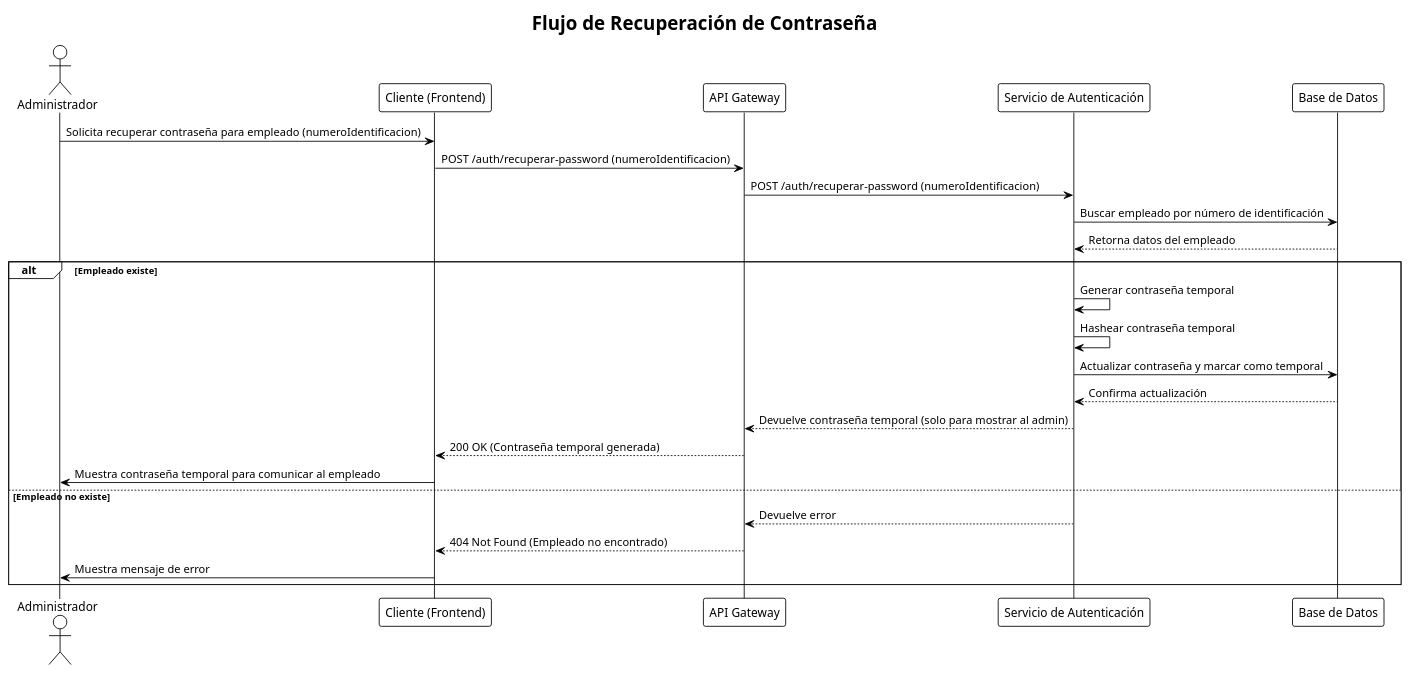
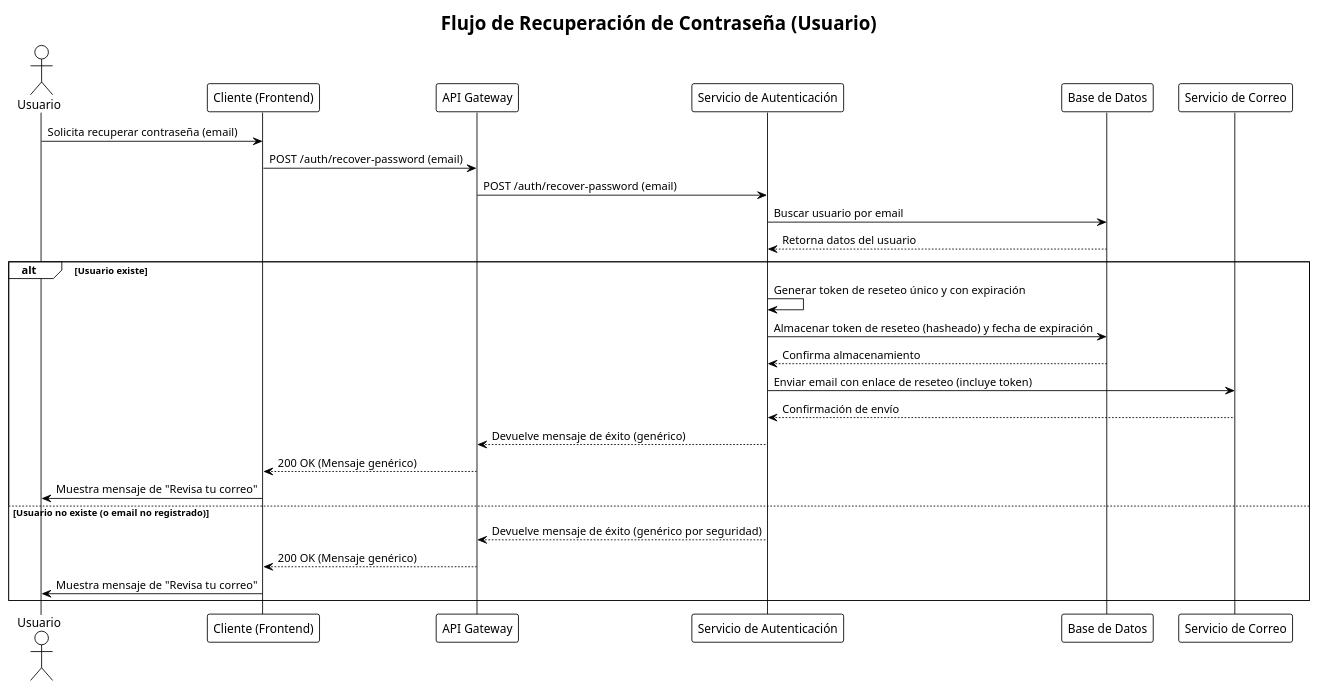
The diagram in docs/diagrams/autenticacion/sequence_recuperar_password.puml (Deivi92/mina-control-api), drawn with PlantUML before and after one commit. The commit also changed 19 other files, not shown here.

```diff
--- a/docs/diagrams/autenticacion/sequence_recuperar_password.puml
+++ b/docs/diagrams/autenticacion/sequence_recuperar_password.puml
@@ -1,33 +1,35 @@
 @startuml sequence_recuperar_password
 !theme plain
 
-title "Flujo de Recuperación de Contraseña"
+title "Flujo de Recuperación de Contraseña (Usuario)"
 
-actor Administrador
+actor Usuario
 participant "Cliente (Frontend)" as Cliente
 participant "API Gateway" as Gateway
 participant "Servicio de Autenticación" as AuthServer
 participant "Base de Datos" as DB
+participant "Servicio de Correo" as MailService
 
-Administrador -> Cliente: Solicita recuperar contraseña para empleado (numeroIdentificacion)
-Cliente -> Gateway: POST /auth/recuperar-password (numeroIdentificacion)
-Gateway -> AuthServer: POST /auth/recuperar-password (numeroIdentificacion)
+Usuario -> Cliente: Solicita recuperar contraseña (email)
+Cliente -> Gateway: POST /auth/recover-password (email)
+Gateway -> AuthServer: POST /auth/recover-password (email)
 
-AuthServer -> DB: Buscar empleado por número de identificación
-DB --> AuthServer: Retorna datos del empleado
+AuthServer -> DB: Buscar usuario por email
+DB --> AuthServer: Retorna datos del usuario
 
-alt Empleado existe
-    AuthServer -> AuthServer: Generar contraseña temporal
-    AuthServer -> AuthServer: Hashear contraseña temporal
-    AuthServer -> DB: Actualizar contraseña y marcar como temporal
-    DB --> AuthServer: Confirma actualización
-    AuthServer --> Gateway: Devuelve contraseña temporal (solo para mostrar al admin)
-    Gateway --> Cliente: 200 OK (Contraseña temporal generada)
-    Cliente -> Administrador: Muestra contraseña temporal para comunicar al empleado
-else Empleado no existe
-    AuthServer --> Gateway: Devuelve error
-    Gateway --> Cliente: 404 Not Found (Empleado no encontrado)
-    Cliente -> Administrador: Muestra mensaje de error
+alt Usuario existe
+    AuthServer -> AuthServer: Generar token de reseteo único y con expiración
+    AuthServer -> DB: Almacenar token de reseteo (hasheado) y fecha de expiración
+    DB --> AuthServer: Confirma almacenamiento
+    AuthServer -> MailService: Enviar email con enlace de reseteo (incluye token)
+    MailService --> AuthServer: Confirmación de envío
+    AuthServer --> Gateway: Devuelve mensaje de éxito (genérico)
+    Gateway --> Cliente: 200 OK (Mensaje genérico)
+    Cliente -> Usuario: Muestra mensaje de "Revisa tu correo"
+else Usuario no existe (o email no registrado)
+    AuthServer --> Gateway: Devuelve mensaje de éxito (genérico por seguridad)
+    Gateway --> Cliente: 200 OK (Mensaje genérico)
+    Cliente -> Usuario: Muestra mensaje de "Revisa tu correo"
 end
 
 @enduml
```
